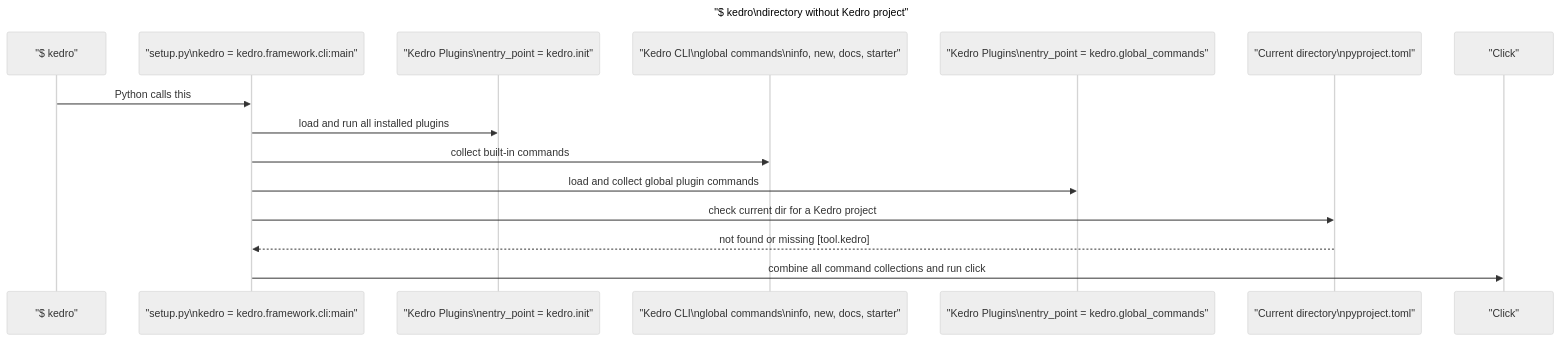
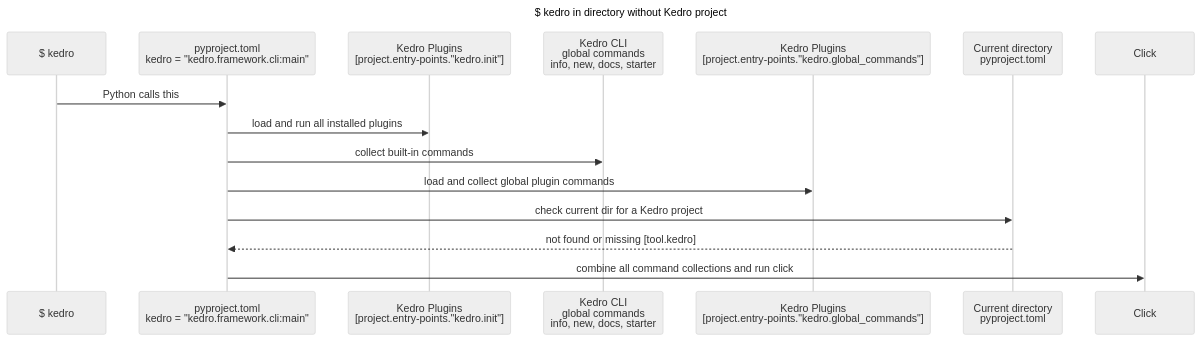
Before and after one commit to kedro-org/kedro: the diagram in docs/diagrams/kedro-no-project.md, drawn with Mermaid (neutral theme). The commit also changed 2 other files, not shown here.

Commit message:
Update mermaid entrypoint diagrams with current state

````diff
--- a/docs/diagrams/kedro-no-project.md
+++ b/docs/diagrams/kedro-no-project.md
@@ -1,21 +1,21 @@
 ```mermaid
 sequenceDiagram
-    title "$ kedro\ndirectory without Kedro project"
+    title $ kedro in directory without Kedro project
 
-    participant kedro as "$ kedro"
-    participant entrypoint as "setup.py\nkedro = kedro.framework.cli:main"
-    participant init_plugins as "Kedro Plugins\nentry_point = kedro.init"
-    participant kedro_cli as "Kedro CLI\nglobal commands\ninfo, new, docs, starter"
-    participant global_plugins as "Kedro Plugins\nentry_point = kedro.global_commands"
-    participant pyproject.toml as "Current directory\npyproject.toml"
-    participant click as "Click"
+    participant kedro as $ kedro
+    participant entrypoint as pyproject.toml <br> kedro = "kedro.framework.cli:main"
+    participant init_plugins as Kedro Plugins <br> [project.entry-points."kedro.init"]
+    participant kedro_cli as Kedro CLI <br> global commands <br> info, new, docs, starter
+    participant global_plugins as Kedro Plugins <br> [project.entry-points."kedro.global_commands"]
+    participant pyproject.toml as Current directory <br> pyproject.toml
+    participant click as Click
 
     kedro->>entrypoint: Python calls this
 
     entrypoint->>init_plugins: load and run all installed plugins
     entrypoint->>kedro_cli: collect built-in commands
     entrypoint->>global_plugins: load and collect global plugin commands
     entrypoint->>pyproject.toml: check current dir for a Kedro project
     pyproject.toml-->>entrypoint: not found or missing [tool.kedro]
     entrypoint->>click: combine all command collections and run click
 ```
````
